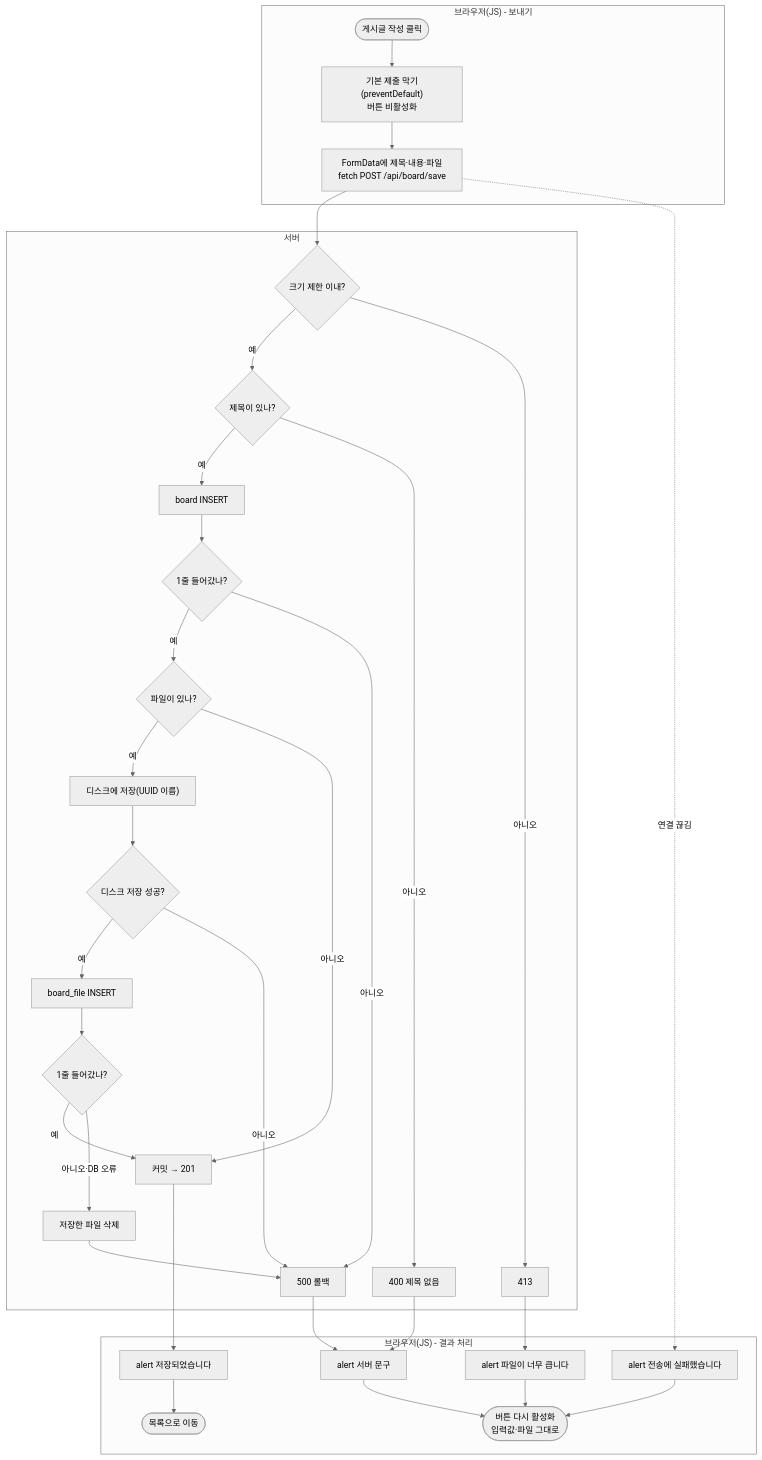
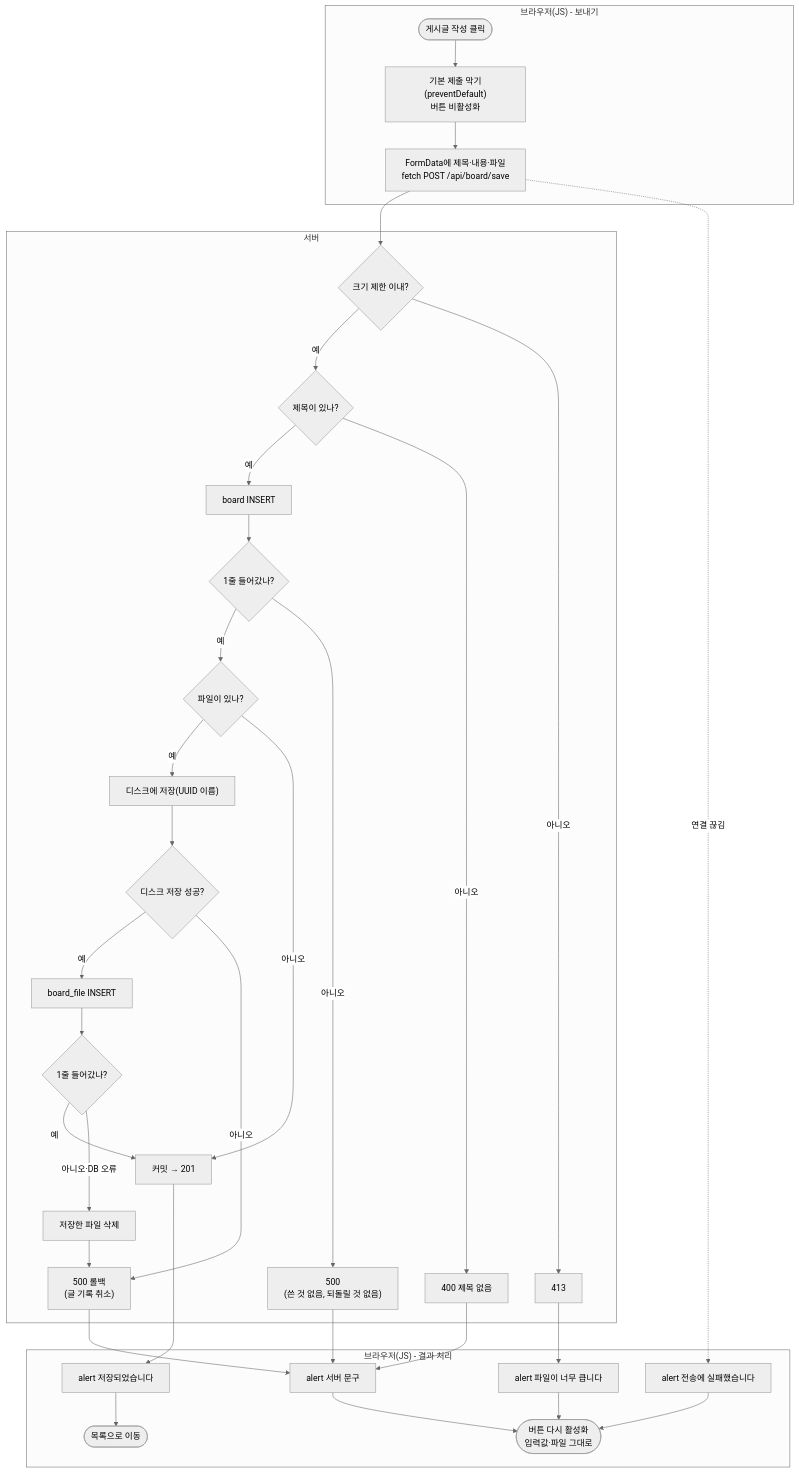
One commit to dao0612-dot/spring_study changed the first of 3 diagrams in design/2026-10-27_글쓰기fetch_파일내려받기.md. Above: the diagram before and after it, drawn with Mermaid (neutral theme). The commit also changed other lines of this file, not shown here.

````diff
--- a/design/2026-10-27_글쓰기fetch_파일내려받기.md
+++ b/design/2026-10-27_글쓰기fetch_파일내려받기.md
@@ -74,61 +76,63 @@
 ```mermaid
 flowchart TD
     subgraph JS1["브라우저(JS) - 보내기"]
         A(["게시글 작성 클릭"])
         B["기본 제출 막기(preventDefault)<br/>버튼 비활성화"]
         C["FormData에 제목·내용·파일<br/>fetch POST /api/board/save"]
     end
 
     subgraph SERVER["서버"]
         S1{"크기 제한 이내?"}
         S2{"제목이 있나?"}
         S3["board INSERT"]
         S4{"1줄 들어갔나?"}
         S5{"파일이 있나?"}
         S6["디스크에 저장(UUID 이름)"]
         S7{"디스크 저장 성공?"}
         S8["board_file INSERT"]
         S9{"1줄 들어갔나?"}
         S10["저장한 파일 삭제"]
         OK["커밋 → 201"]
         R413["413"]
         R400["400 제목 없음"]
-        R500["500 롤백"]
+        R500N["500<br/>(쓴 것 없음, 되돌릴 것 없음)"]
+        R500["500 롤백<br/>(글 기록 취소)"]
     end
 
     subgraph JS2["브라우저(JS) - 결과 처리"]
         J1["alert 저장되었습니다"]
         J2(["목록으로 이동"])
         J3["alert 서버 문구"]
         J4["alert 파일이 너무 큽니다"]
         J5["alert 전송에 실패했습니다"]
         J6(["버튼 다시 활성화<br/>입력값·파일 그대로"])
     end
 
     A --> B --> C --> S1
     S1 -->|예| S2
     S1 -->|아니오| R413
     S2 -->|예| S3
     S2 -->|아니오| R400
     S3 --> S4
     S4 -->|예| S5
-    S4 -->|아니오| R500
+    S4 -->|아니오| R500N
     S5 -->|예| S6
     S5 -->|아니오| OK
     S6 --> S7
     S7 -->|예| S8
     S7 -->|아니오| R500
     S8 --> S9
     S9 -->|예| OK
     S9 --->|아니오·DB 오류| S10
     S10 --> R500
 
     OK --> J1 --> J2
     R400 --> J3
+    R500N --> J3
     R500 --> J3
     R413 --> J4
     C -.->|연결 끊김| J5
     J3 --> J6
     J4 --> J6
     J5 --> J6
 ```
````
